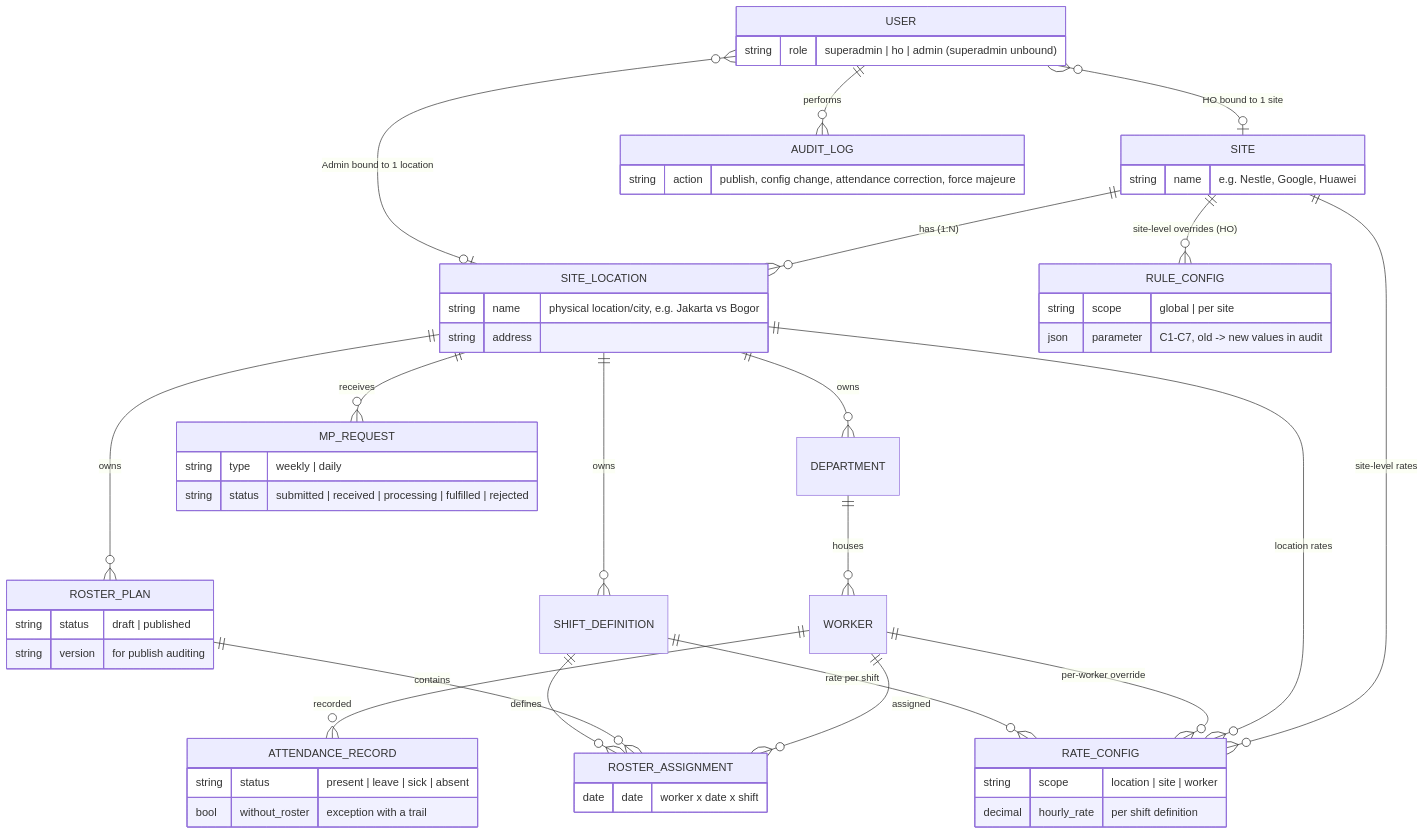
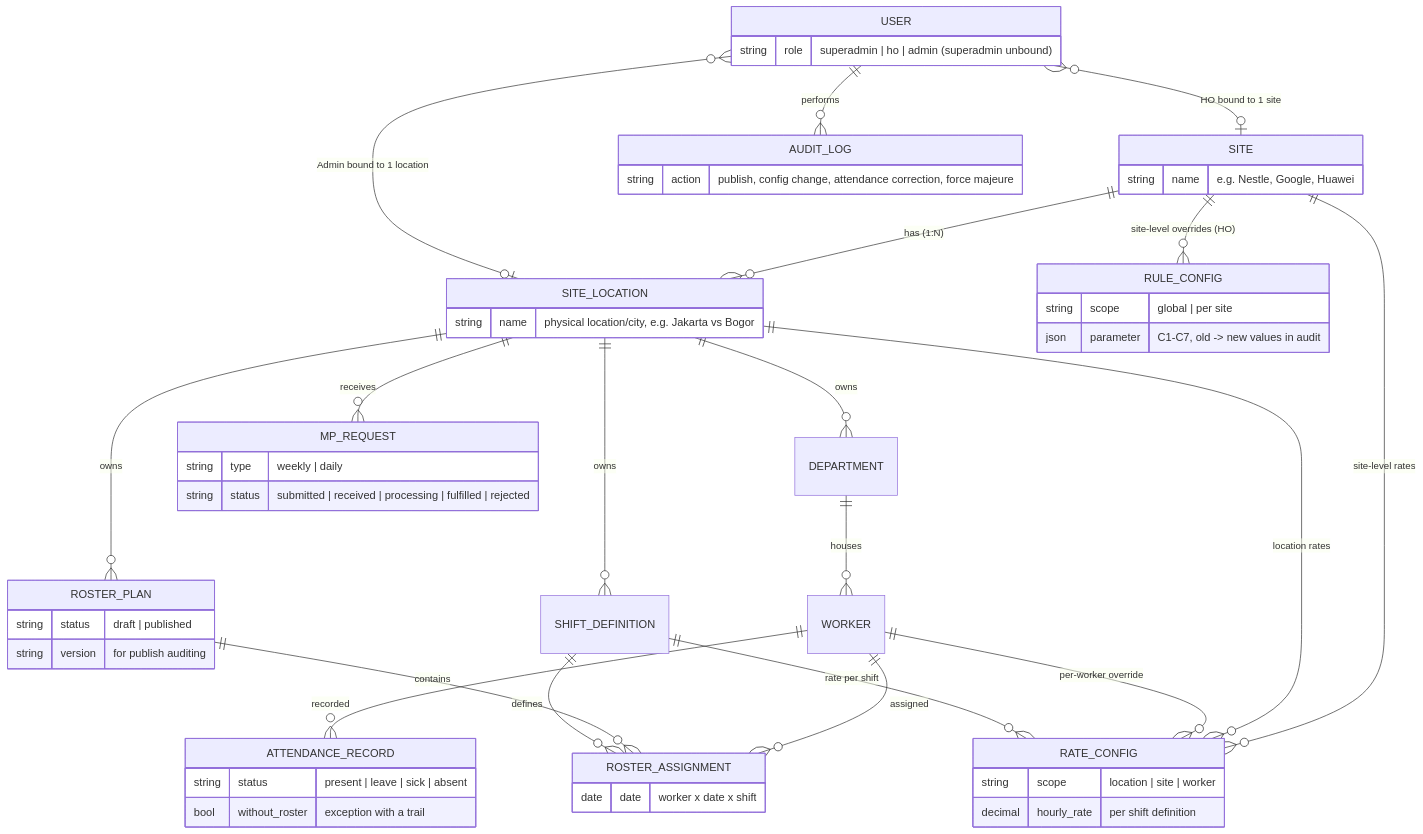
The fourth of 5 diagrams in docs/architecture.md (XOIntern/Shiftly), drawn with Mermaid before and after one commit. The commit also changed 17 other files, not shown here.

````diff
--- a/docs/architecture.md
+++ b/docs/architecture.md
@@ -186,58 +186,57 @@
 ```mermaid
 erDiagram
     SITE ||--o{ SITE_LOCATION : "has (1:N)"
     SITE_LOCATION ||--o{ DEPARTMENT : "owns"
     SITE_LOCATION ||--o{ SHIFT_DEFINITION : "owns"
     SITE_LOCATION ||--o{ ROSTER_PLAN : "owns"
     SITE_LOCATION ||--o{ MP_REQUEST : "receives"
     SITE ||--o{ RULE_CONFIG : "site-level overrides (HO)"
     SITE ||--o{ RATE_CONFIG : "site-level rates"
     SITE_LOCATION ||--o{ RATE_CONFIG : "location rates"
     DEPARTMENT ||--o{ WORKER : "houses"
     WORKER ||--o{ ROSTER_ASSIGNMENT : "assigned"
     WORKER ||--o{ ATTENDANCE_RECORD : "recorded"
     WORKER ||--o{ RATE_CONFIG : "per-worker override"
     ROSTER_PLAN ||--o{ ROSTER_ASSIGNMENT : "contains"
     SHIFT_DEFINITION ||--o{ ROSTER_ASSIGNMENT : "defines"
     SHIFT_DEFINITION ||--o{ RATE_CONFIG : "rate per shift"
     USER }o--o| SITE : "HO bound to 1 site"
     USER }o--o| SITE_LOCATION : "Admin bound to 1 location"
     USER ||--o{ AUDIT_LOG : "performs"
 
     SITE {
         string name "e.g. Nestle, Google, Huawei"
     }
     SITE_LOCATION {
         string name "physical location/city, e.g. Jakarta vs Bogor"
-        string address
     }
     USER {
         string role "superadmin | ho | admin (superadmin unbound)"
     }
     MP_REQUEST {
         string type "weekly | daily"
         string status "submitted | received | processing | fulfilled | rejected"
     }
     ROSTER_PLAN {
         string status "draft | published"
         string version "for publish auditing"
     }
     ROSTER_ASSIGNMENT {
         date date "worker x date x shift"
     }
     ATTENDANCE_RECORD {
         string status "present | leave | sick | absent"
         bool without_roster "exception with a trail"
     }
     RULE_CONFIG {
         string scope "global | per site"
         json parameter "C1-C7, old -> new values in audit"
     }
     RATE_CONFIG {
         string scope "location | site | worker"
         decimal hourly_rate "per shift definition"
     }
     AUDIT_LOG {
         string action "publish, config change, attendance correction, force majeure"
     }
 ```
````
